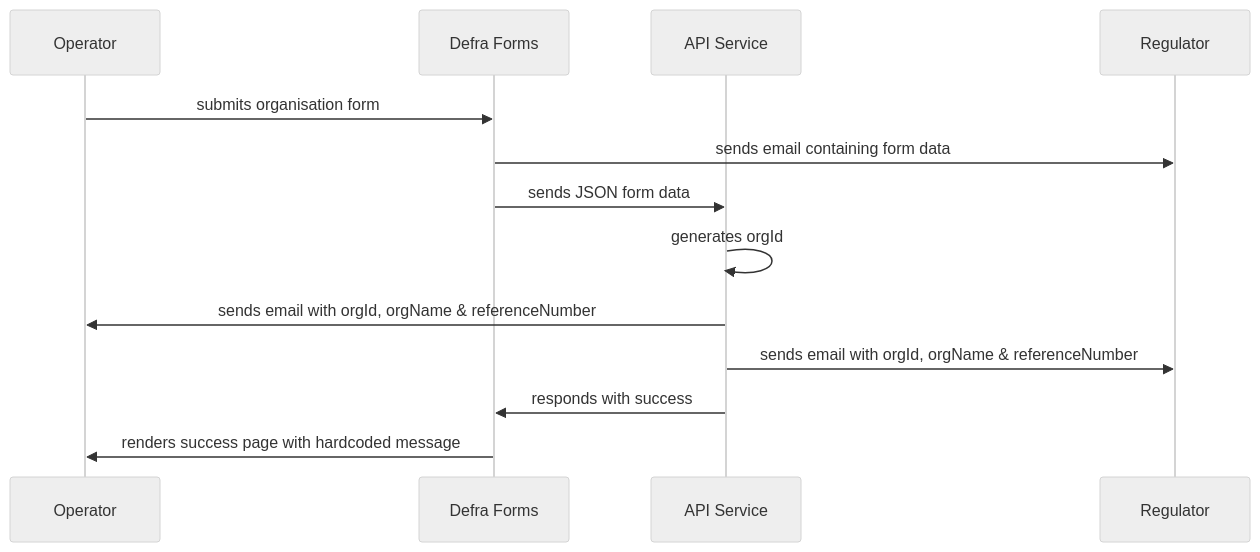
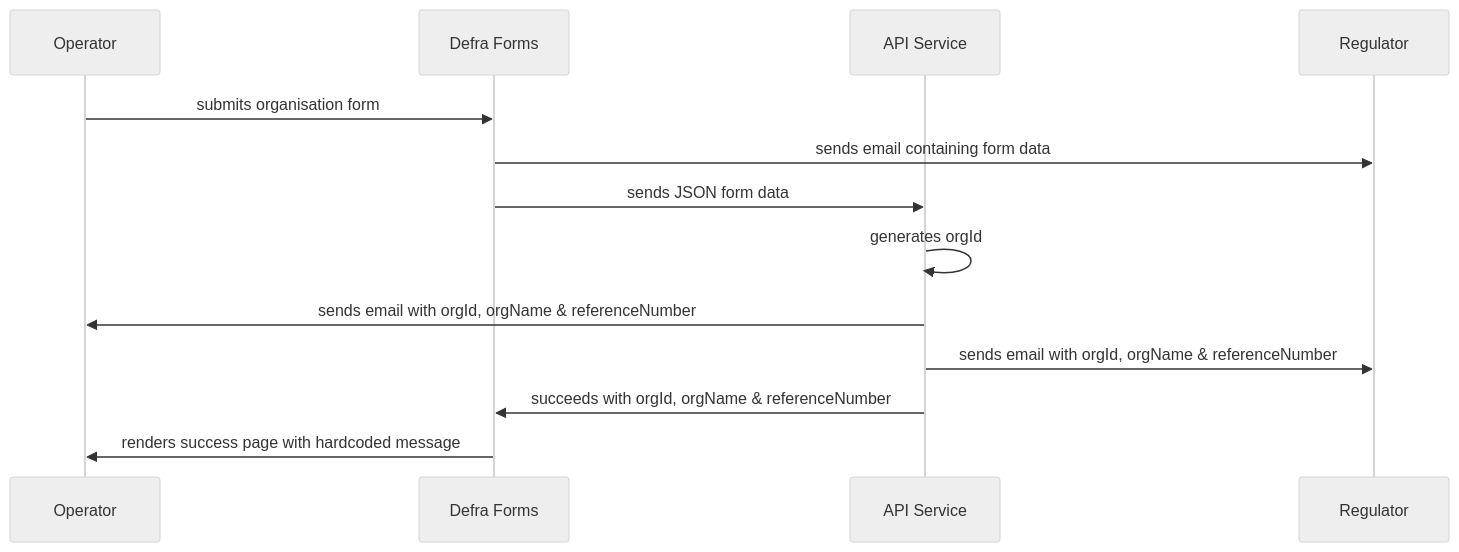
The second of 10 diagrams in docs/architecture/defined/2025-reg-acc-lld.md (DEFRA/epr-backend), drawn with Mermaid (neutral theme) before and after one commit. The commit also changed other lines of this file, not shown here.

Commit message:
PAE-158: add success response body back in with explanation

````diff
--- a/docs/architecture/defined/2025-reg-acc-lld.md
+++ b/docs/architecture/defined/2025-reg-acc-lld.md
@@ -98,15 +101,15 @@
 ```mermaid
 sequenceDiagram
   participant Operator
   participant Defra Forms
   participant API Service
   participant Regulator
   Operator->>Defra Forms: submits organisation form
   Defra Forms->>Regulator: sends email containing form data
   Defra Forms->>API Service: sends JSON form data
   API Service->>API Service: generates orgId
   API Service->>Operator: sends email with orgId, orgName & referenceNumber
   API Service->>Regulator: sends email with orgId, orgName & referenceNumber
-  API Service->>Defra Forms: responds with success
+  API Service->>Defra Forms: succeeds with orgId, orgName & referenceNumber
   Defra Forms->>Operator: renders success page with hardcoded message
 ```
````
